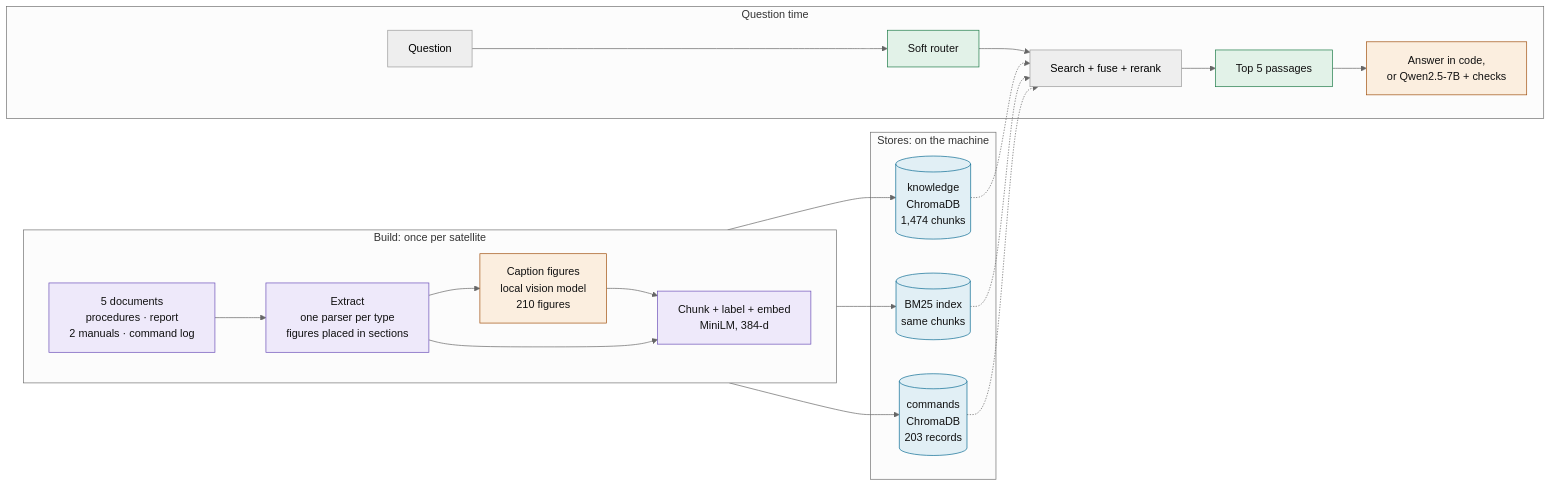
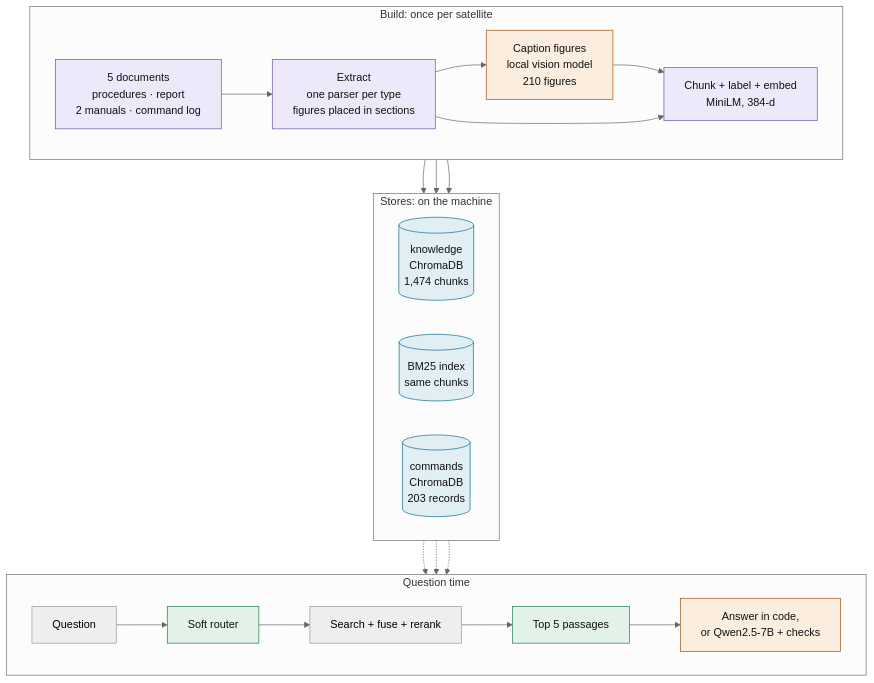
Before and after one commit to Anurag9557/SatelliteRAG: the first of 5 diagrams in README.md, drawn with Mermaid (neutral theme). The commit also changed other lines of this file and 1 other file, not shown here.

Commit message:
README: larger system and checks diagrams; GIT_SETUP: current layout
- The system map and the checks diagram are drawn top to bottom, so
  GitHub renders them at a readable size.
- docs/GIT_SETUP.md listed the old top-level layout (nine core modules,
  docs at the root); it now lists the current folders.

````diff
--- a/README.md
+++ b/README.md
@@ -90,41 +90,43 @@
 ```mermaid
-flowchart LR
+flowchart TB
     subgraph BUILD["Build: once per satellite"]
         direction LR
         D["5 documents<br/>procedures · report<br/>2 manuals · command log"] --> X["Extract<br/>one parser per type<br/>figures placed in sections"]
         X --> C["Caption figures<br/>local vision model<br/>210 figures"]
         C --> I["Chunk + label + embed<br/>MiniLM, 384-d"]
         X --> I
     end
 
     subgraph STORES["Stores: on the machine"]
+        direction LR
         K[("knowledge<br/>ChromaDB<br/>1,474 chunks")]
         B[("BM25 index<br/>same chunks")]
         M[("commands<br/>ChromaDB<br/>203 records")]
     end
 
     I --> K
     I --> B
     I --> M
 
     subgraph ASK["Question time"]
+        direction LR
         Q["Question"] --> R["Soft router"]
         R --> S["Search + fuse + rerank"]
         S --> T["Top 5 passages"]
         T --> G["Answer in code,<br/>or Qwen2.5-7B + checks"]
     end
 
     K -.-> S
     B -.-> S
     M -.-> S
 
     classDef build fill:#EEE9FA,stroke:#6B4FB8,color:#111
     classDef store fill:#E1EFF5,stroke:#0A6A93,color:#111
     classDef code fill:#E2F2E8,stroke:#1D7A47,color:#111
     classDef model fill:#FBEEDF,stroke:#A0500E,color:#111
     class D,X,I build
     class C model
     class K,B,M store
     class R,T code
     class G model
 ```
````
